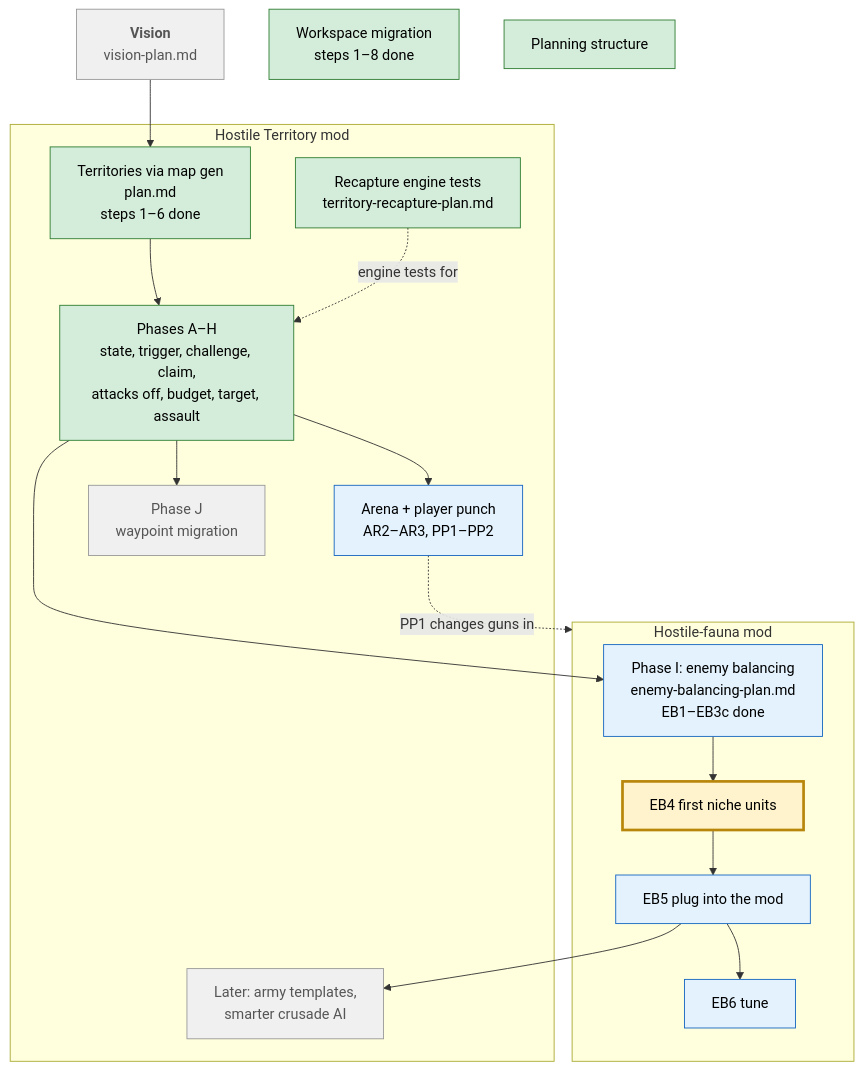
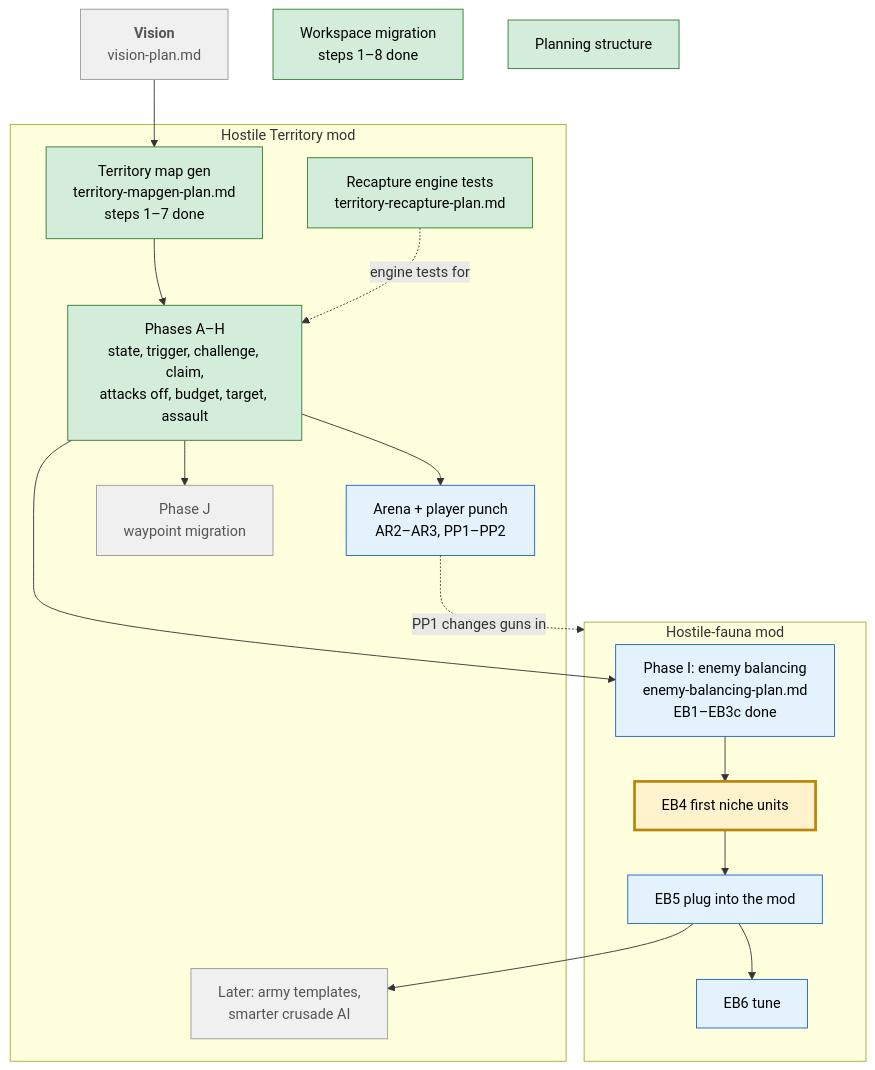
Before and after one commit to Help-Op/factorio-mods: the diagram in plans/roadmap.md, drawn with Mermaid. The commit also changed other lines of this file and 7 other files, not shown here.

````diff
--- a/plans/roadmap.md
+++ b/plans/roadmap.md
@@ -12,41 +12,41 @@
 ```mermaid
 flowchart TD
     V["<b>Vision</b><br/>vision-plan.md"]
 
     subgraph HT["Hostile Territory mod"]
-        MG["Territories via map gen<br/>plan.md<br/>steps 1–6 done"]
+        MG["Territory map gen<br/>territory-mapgen-plan.md<br/>steps 1–7 done"]
         AH["Phases A–H<br/>state, trigger, challenge, claim,<br/>attacks off, budget, target, assault"]
         REC["Recapture engine tests<br/>territory-recapture-plan.md"]
         AR["Arena + player punch<br/>AR2–AR3, PP1–PP2"]
         J["Phase J<br/>waypoint migration"]
         TPL["Later: army templates,<br/>smarter crusade AI"]
     end
 
     subgraph HF["Hostile-fauna mod"]
         EB["Phase I: enemy balancing<br/>enemy-balancing-plan.md<br/>EB1–EB3c done"]
         EB4["EB4 first niche units"]
         EB5["EB5 plug into the mod"]
         EB6["EB6 tune"]
     end
 
     WS["Workspace migration<br/>steps 1–8 done"]
     PS["Planning structure"]
 
     V --> MG --> AH
     REC -. engine tests for .-> AH
     AH --> EB
     EB --> EB4 --> EB5 --> EB6
     EB5 --> TPL
     AH --> AR
     AR -. PP1 changes guns in .-> HF
     AH --> J
 
     classDef done fill:#d4edda,stroke:#2e7d32,color:#000
     classDef now fill:#fff3cd,stroke:#b8860b,stroke-width:3px,color:#000
     classDef next fill:#e3f2fd,stroke:#1565c0,color:#000
     classDef later fill:#f0f0f0,stroke:#999,color:#555
     class MG,AH,REC,WS,PS done
     class EB4 now
     class EB,AR,EB5,EB6 next
     class J,TPL,V later
 ```
````
